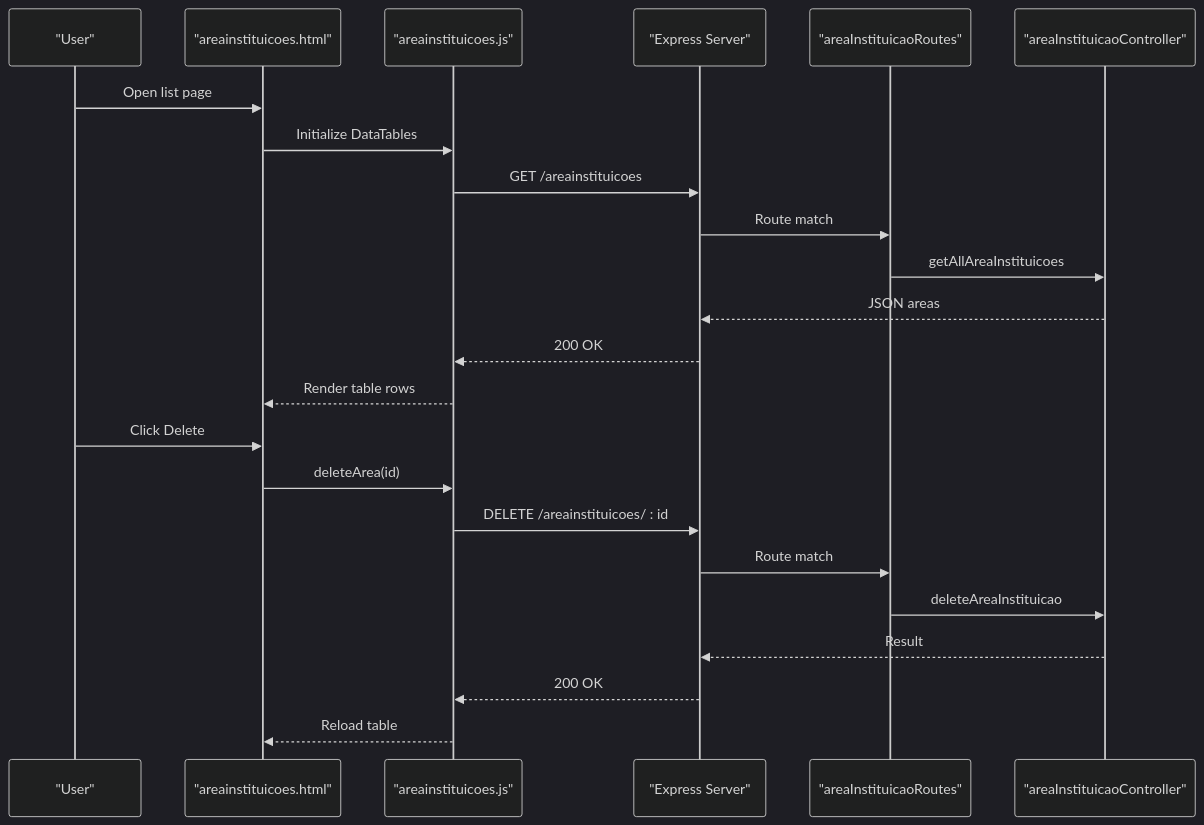
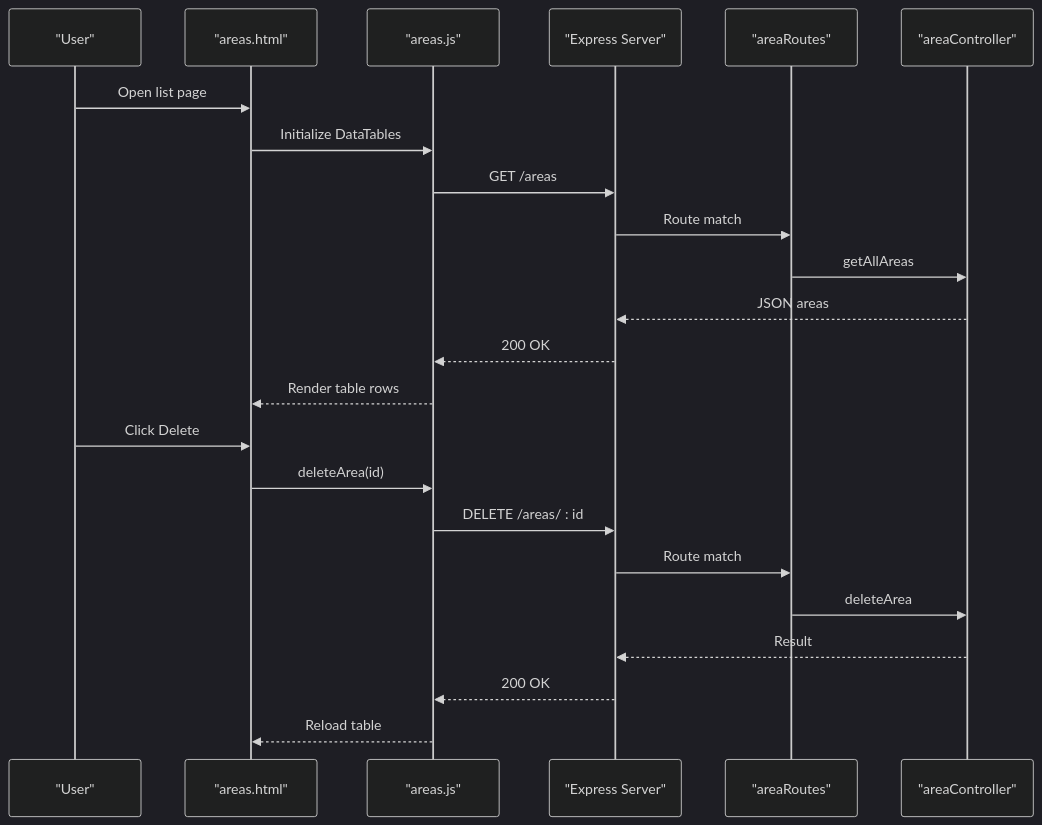
Before and after one commit to luiseduacosta/nodemural: the fourth of 6 diagrams in .qoder/repowiki/en/content/Core Features Implementation/Institutional Management.md, drawn with Mermaid (dark theme). The commit also changed other lines of this file and 25 other files, not shown here.

````diff
--- a/.qoder/repowiki/en/content/Core Features Implementation/Institutional Management.md
+++ b/.qoder/repowiki/en/content/Core Features Implementation/Institutional Management.md
@@ -202,25 +202,25 @@
 ```mermaid
 sequenceDiagram
 participant U as "User"
-participant L as "areainstituicoes.html"
-participant J as "areainstituicoes.js"
+participant L as "areas.html"
+participant J as "areas.js"
 participant S as "Express Server"
-participant R as "areaInstituicaoRoutes"
-participant C as "areaInstituicaoController"
+participant R as "areaRoutes"
+participant C as "areaController"
 U->>L : Open list page
 L->>J : Initialize DataTables
-J->>S : GET /areainstituicoes
+J->>S : GET /areas
 S->>R : Route match
-R->>C : getAllAreaInstituicoes
+R->>C : getAllAreas
 C-->>S : JSON areas
 S-->>J : 200 OK
 J-->>L : Render table rows
 U->>L : Click Delete
 L->>J : deleteArea(id)
-J->>S : DELETE /areainstituicoes/ : id
+J->>S : DELETE /areas/ : id
 S->>R : Route match
-R->>C : deleteAreaInstituicao
+R->>C : deleteArea
 C-->>S : Result
 S-->>J : 200 OK
 J-->>L : Reload table
 ```
````
